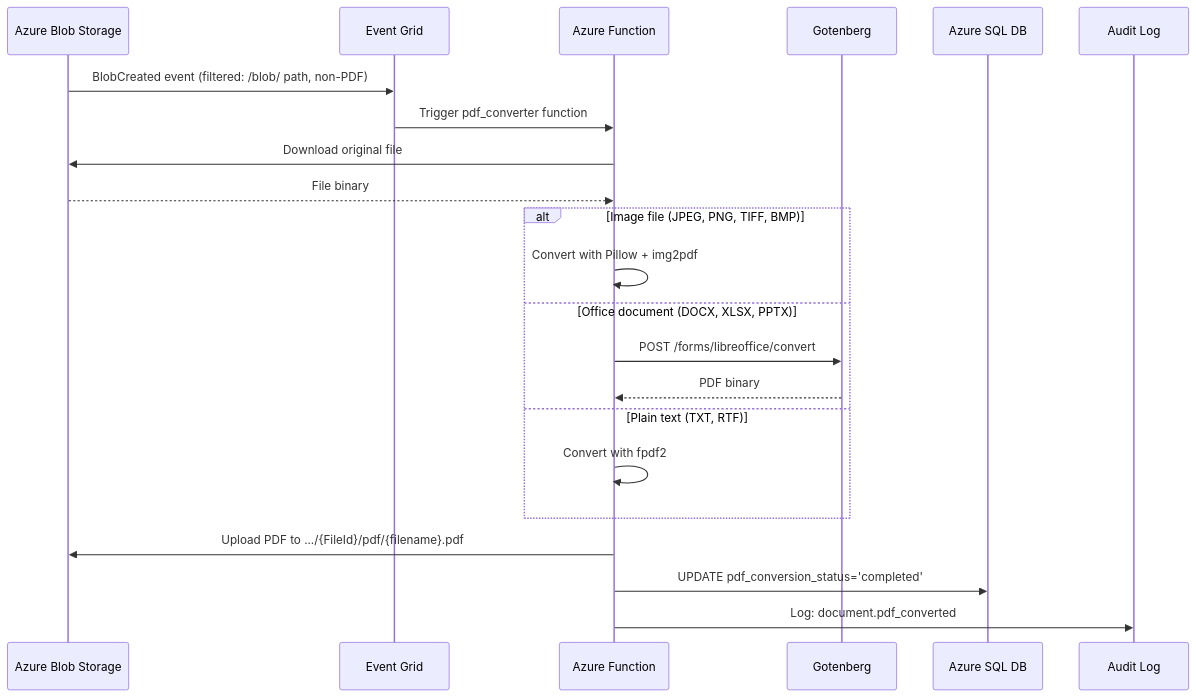
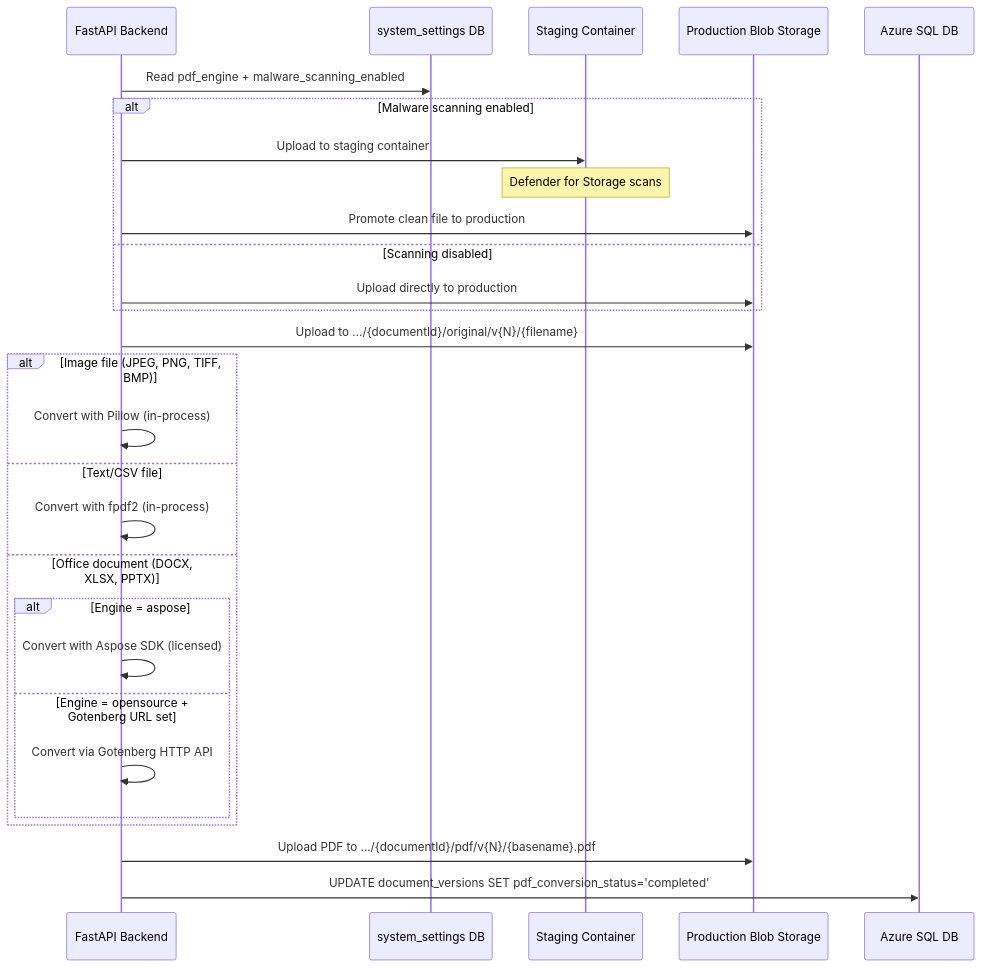
The second of 6 diagrams in docs/architecture/workflow-diagrams.md (fgarofalo56/ucm-azure-native-demo), drawn with Mermaid before and after one commit. The commit also changed 9 other files, not shown here.

First line of the commit message:
docs: update all documentation for admin-configurable PDF engine, malware scanning, system settings

````diff
--- a/docs/architecture/workflow-diagrams.md
+++ b/docs/architecture/workflow-diagrams.md
@@ -51,25 +51,31 @@
 ```mermaid
 sequenceDiagram
-    participant Blob as Azure Blob Storage
-    participant EG as Event Grid
-    participant Func as Azure Function
-    participant Got as Gotenberg
+    participant API as FastAPI Backend
+    participant Settings as system_settings DB
+    participant Staging as Staging Container
+    participant Blob as Production Blob Storage
     participant SQL as Azure SQL DB
-    participant Audit as Audit Log
 
-    Blob->>EG: BlobCreated event (filtered: /blob/ path, non-PDF)
-    EG->>Func: Trigger pdf_converter function
-    Func->>Blob: Download original file
-    Blob-->>Func: File binary
+    API->>Settings: Read pdf_engine + malware_scanning_enabled
+    alt Malware scanning enabled
+        API->>Staging: Upload to staging container
+        Note over Staging: Defender for Storage scans
+        API->>Blob: Promote clean file to production
+    else Scanning disabled
+        API->>Blob: Upload directly to production
+    end
+    API->>Blob: Upload to .../{documentId}/original/v{N}/{filename}
     alt Image file (JPEG, PNG, TIFF, BMP)
-        Func->>Func: Convert with Pillow + img2pdf
+        API->>API: Convert with Pillow (in-process)
+    else Text/CSV file
+        API->>API: Convert with fpdf2 (in-process)
     else Office document (DOCX, XLSX, PPTX)
-        Func->>Got: POST /forms/libreoffice/convert
-        Got-->>Func: PDF binary
-    else Plain text (TXT, RTF)
-        Func->>Func: Convert with fpdf2
+        alt Engine = aspose
+            API->>API: Convert with Aspose SDK (licensed)
+        else Engine = opensource + Gotenberg URL set
+            API->>API: Convert via Gotenberg HTTP API
+        end
     end
-    Func->>Blob: Upload PDF to .../{FileId}/pdf/{filename}.pdf
-    Func->>SQL: UPDATE pdf_conversion_status='completed'
-    Func->>Audit: Log: document.pdf_converted
+    API->>Blob: Upload PDF to .../{documentId}/pdf/v{N}/{basename}.pdf
+    API->>SQL: UPDATE document_versions SET pdf_conversion_status='completed'
 ```
````
